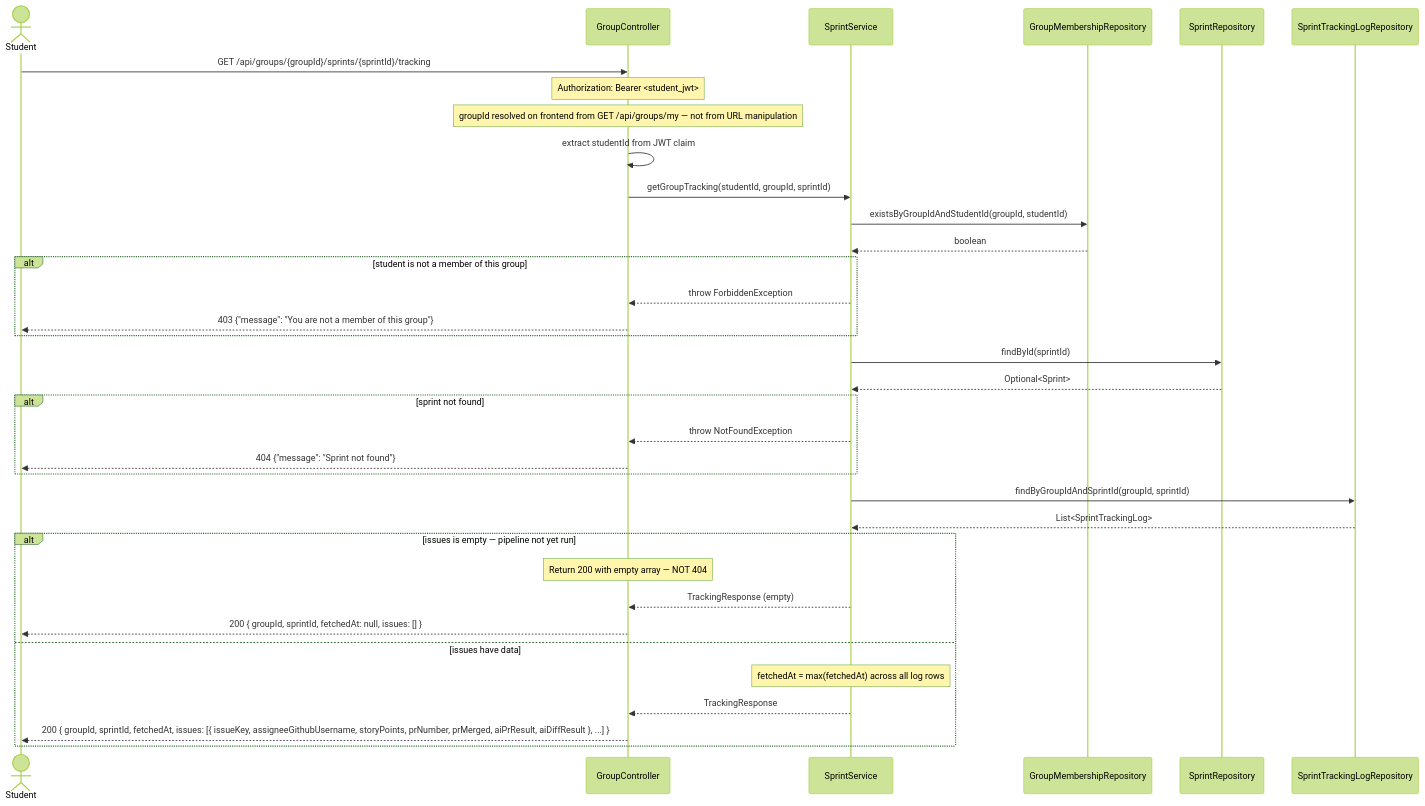
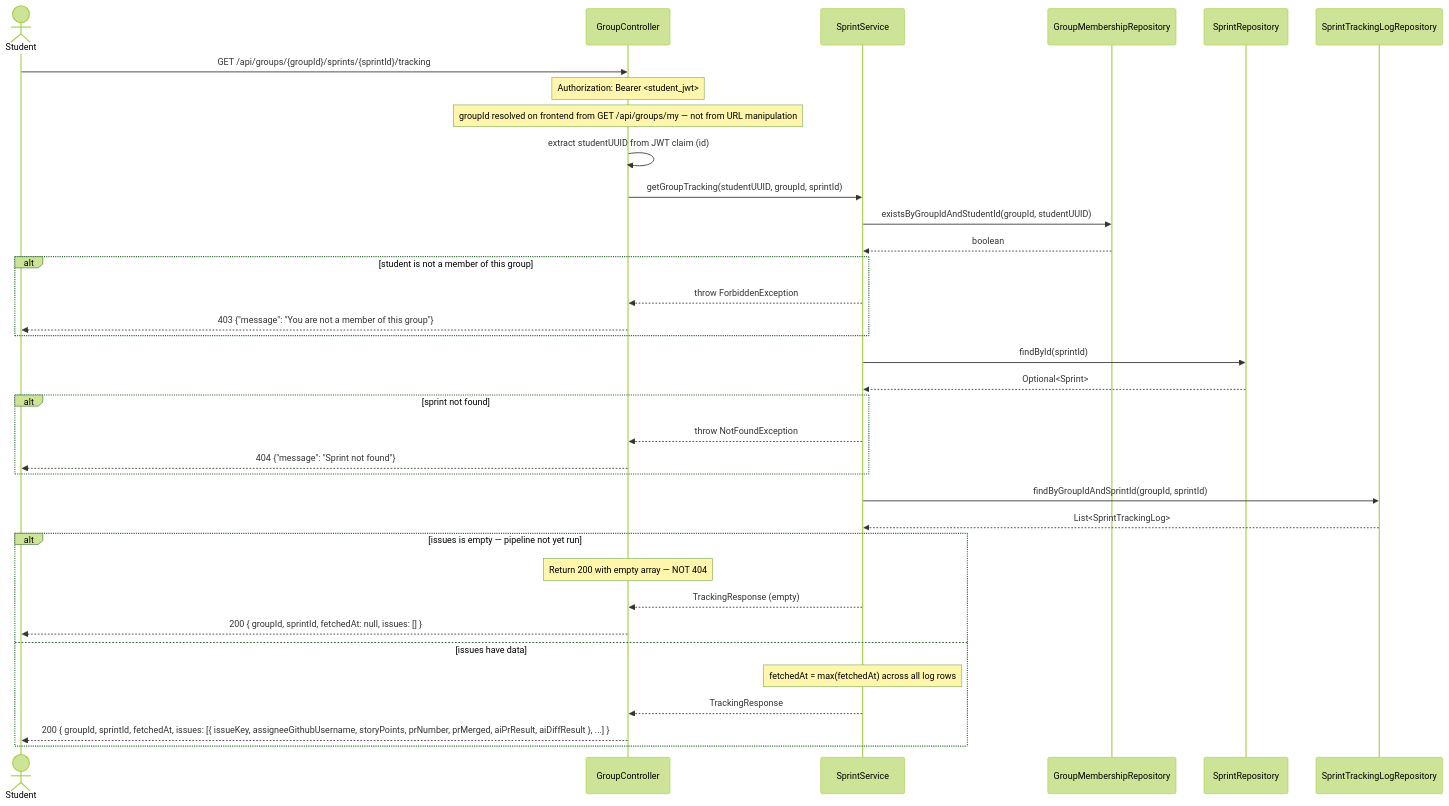
Before and after one commit to SE3318-Spring-2025-2026/senior-app-6: the second of 2 diagrams in docs/process5/sequences/5.6_student_sprint_view.md, drawn with Mermaid (forest theme). The commit also changed other lines of this file and 27 other files, not shown here.

````diff
--- a/docs/process5/sequences/5.6_student_sprint_view.md
+++ b/docs/process5/sequences/5.6_student_sprint_view.md
@@ -48,47 +48,47 @@
 ```mermaid
 sequenceDiagram
     actor Student
     participant GroupController
     participant SprintService
     participant GroupMembershipRepository
     participant SprintRepository
     participant SprintTrackingLogRepository
 
     Student->>GroupController: GET /api/groups/{groupId}/sprints/{sprintId}/tracking
     Note over GroupController: Authorization: Bearer <student_jwt>
     Note over GroupController: groupId resolved on frontend from GET /api/groups/my — not from URL manipulation
 
-    GroupController->>GroupController: extract studentId from JWT claim
+    GroupController->>GroupController: extract studentUUID from JWT claim (id)
 
-    GroupController->>SprintService: getGroupTracking(studentId, groupId, sprintId)
+    GroupController->>SprintService: getGroupTracking(studentUUID, groupId, sprintId)
 
-    SprintService->>GroupMembershipRepository: existsByGroupIdAndStudentId(groupId, studentId)
+    SprintService->>GroupMembershipRepository: existsByGroupIdAndStudentId(groupId, studentUUID)
     GroupMembershipRepository-->>SprintService: boolean
 
     alt student is not a member of this group
         SprintService-->>GroupController: throw ForbiddenException
         GroupController-->>Student: 403 {"message": "You are not a member of this group"}
     end
 
     SprintService->>SprintRepository: findById(sprintId)
     SprintRepository-->>SprintService: Optional<Sprint>
 
     alt sprint not found
         SprintService-->>GroupController: throw NotFoundException
         GroupController-->>Student: 404 {"message": "Sprint not found"}
     end
 
     SprintService->>SprintTrackingLogRepository: findByGroupIdAndSprintId(groupId, sprintId)
     SprintTrackingLogRepository-->>SprintService: List<SprintTrackingLog>
 
     alt issues is empty — pipeline not yet run
         Note over GroupController: Return 200 with empty array — NOT 404
         SprintService-->>GroupController: TrackingResponse (empty)
         GroupController-->>Student: 200 { groupId, sprintId, fetchedAt: null, issues: [] }
 
     else issues have data
         Note over SprintService: fetchedAt = max(fetchedAt) across all log rows
         SprintService-->>GroupController: TrackingResponse
         GroupController-->>Student: 200 { groupId, sprintId, fetchedAt, issues: [{ issueKey, assigneeGithubUsername, storyPoints, prNumber, prMerged, aiPrResult, aiDiffResult }, ...] }
     end
 ```
````
